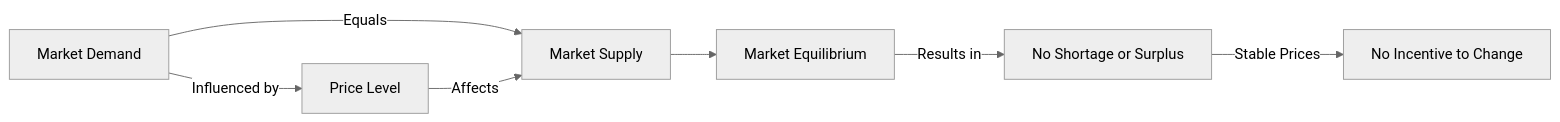
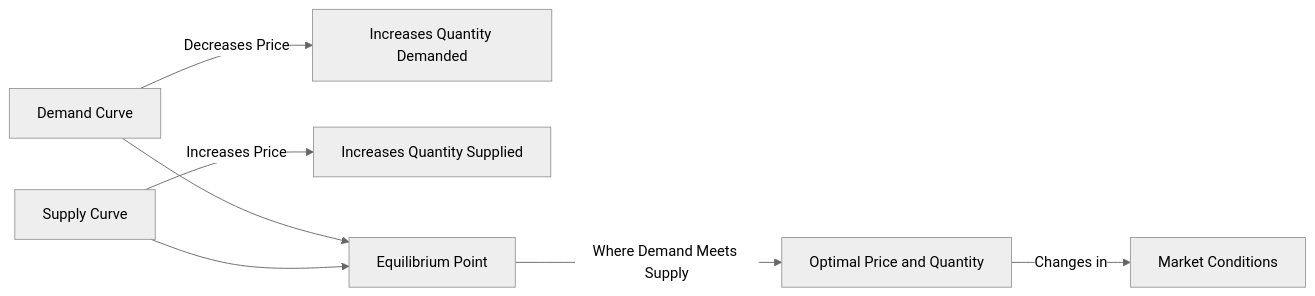
Before and after one commit to DagimAlemayehuu/Ater: the diagram in Obsidian_Vault/2-Academic/Winter 2026/Economics/2_Theory_Of_Demand_And_Supply/Market_Equilibrium.md, drawn with Mermaid (neutral theme). The commit also changed other lines of this file and 52 other files, not shown here.

````diff
--- a/Obsidian_Vault/2-Academic/Winter 2026/Economics/2_Theory_Of_Demand_And_Supply/Market_Equilibrium.md
+++ b/Obsidian_Vault/2-Academic/Winter 2026/Economics/2_Theory_Of_Demand_And_Supply/Market_Equilibrium.md
@@ -39,11 +40,11 @@
 ```mermaid
 
 graph LR
-    A[Market Demand] -->|Equals| B[Market Supply]
-    B --> C[Market Equilibrium]
-    A -->|Influenced by| D[Price Level]
-    D -->|Affects| B
-    C -->|Results in| E[No Shortage or Surplus]
-    E -->|Stable Prices| F[No Incentive to Change]
+    A[Demand Curve] -->|Decreases Price| B[Increases Quantity Demanded]
+    C[Supply Curve] -->|Increases Price| D[Increases Quantity Supplied]
+    E[Equilibrium Point] -->|Where Demand Meets Supply| F[Optimal Price and Quantity]
+    A --> E
+    C --> E
+    F -->|Changes in| G[Market Conditions]
 
 ```
````
